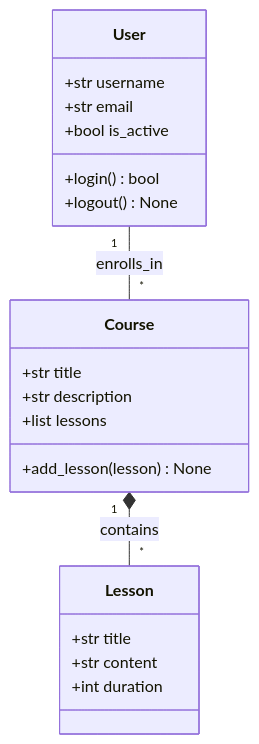
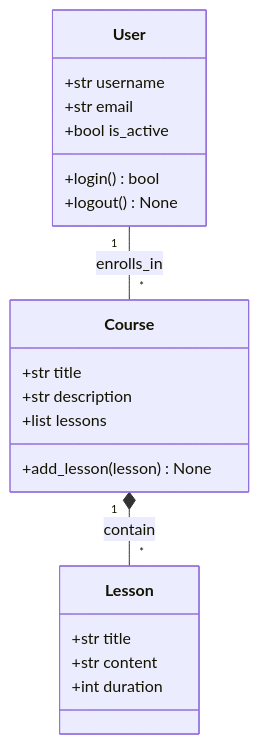
The diagram in uml_intro/0-class_diagram.mmd (giosue2007/holbertonschool-sw_design_architecture), drawn with Mermaid before and after one commit.

Commit message:
add perm and c

```diff
--- a/uml_intro/0-class_diagram.mmd
+++ b/uml_intro/0-class_diagram.mmd
@@ -1,24 +1,24 @@
 classDiagram
     class User {
         +str username
         +str email
         +bool is_active
         +login() bool
         +logout() None
     }
 
     class Course {
         +str title
         +str description
         +list lessons
         +add_lesson(lesson) None
     }
 
     class Lesson {
         +str title
         +str content
         +int duration
     }
 
     User "1" -- "*" Course : enrolls_in
-    Course "1" *-- "*" Lesson : contains
+    Course "1" *-- "*" Lesson : contain
```
